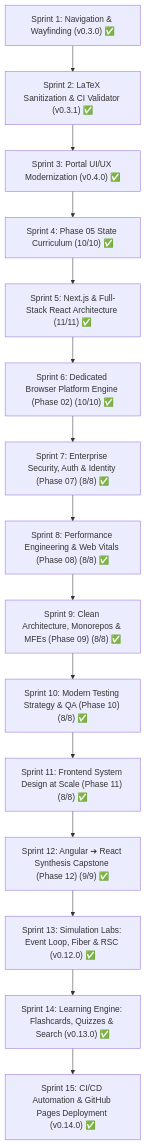
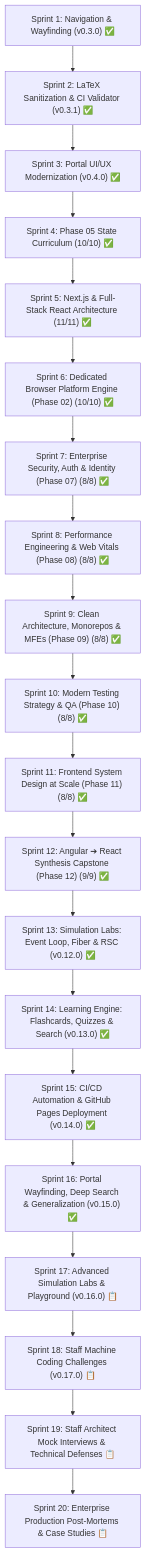
The diagram in docs/sdlc/sprint-plan.md (adarshsince90/react-interview-prep), drawn with Mermaid before and after one commit. The commit also changed other lines of this file and 80 other files, not shown here.

Commit message:
feat(portal): complete sprint 16 - portal evolution, 3 visualizer labs, SM-2 spaced repetition & live playgroun

````diff
--- a/docs/sdlc/sprint-plan.md
+++ b/docs/sdlc/sprint-plan.md
@@ -35,17 +35,22 @@
 ```mermaid
 flowchart TD
     S1["Sprint 1: Navigation & Wayfinding (v0.3.0) ✅"] --> S2["Sprint 2: LaTeX Sanitization & CI Validator (v0.3.1) ✅"]
     S2 --> S3["Sprint 3: Portal UI/UX Modernization (v0.4.0) ✅"]
     S3 --> S4["Sprint 4: Phase 05 State Curriculum (10/10) ✅"]
     S4 --> S5["Sprint 5: Next.js & Full-Stack React Architecture (11/11) ✅"]
     S5 --> S6["Sprint 6: Dedicated Browser Platform Engine (Phase 02) (10/10) ✅"]
     S6 --> S7["Sprint 7: Enterprise Security, Auth & Identity (Phase 07) (8/8) ✅"]
     S7 --> S8["Sprint 8: Performance Engineering & Web Vitals (Phase 08) (8/8) ✅"]
     S8 --> S9["Sprint 9: Clean Architecture, Monorepos & MFEs (Phase 09) (8/8) ✅"]
     S9 --> S10["Sprint 10: Modern Testing Strategy & QA (Phase 10) (8/8) ✅"]
     S10 --> S11["Sprint 11: Frontend System Design at Scale (Phase 11) (8/8) ✅"]
     S11 --> S12["Sprint 12: Angular ➔ React Synthesis Capstone (Phase 12) (9/9) ✅"]
     S12 --> S13["Sprint 13: Simulation Labs: Event Loop, Fiber & RSC (v0.12.0) ✅"]
     S13 --> S14["Sprint 14: Learning Engine: Flashcards, Quizzes & Search (v0.13.0) ✅"]
     S14 --> S15["Sprint 15: CI/CD Automation & GitHub Pages Deployment (v0.14.0) ✅"]
+    S15 --> S16["Sprint 16: Portal Wayfinding, Deep Search & Generalization (v0.15.0) ✅"]
+    S16 --> S17["Sprint 17: Advanced Simulation Labs & Playground (v0.16.0) 📋"]
+    S17 --> S18["Sprint 18: Staff Machine Coding Challenges (v0.17.0) 📋"]
+    S18 --> S19["Sprint 19: Staff Architect Mock Interviews & Technical Defenses 📋"]
+    S19 --> S20["Sprint 20: Enterprise Production Post-Mortems & Case Studies 📋"]
 ```
````
